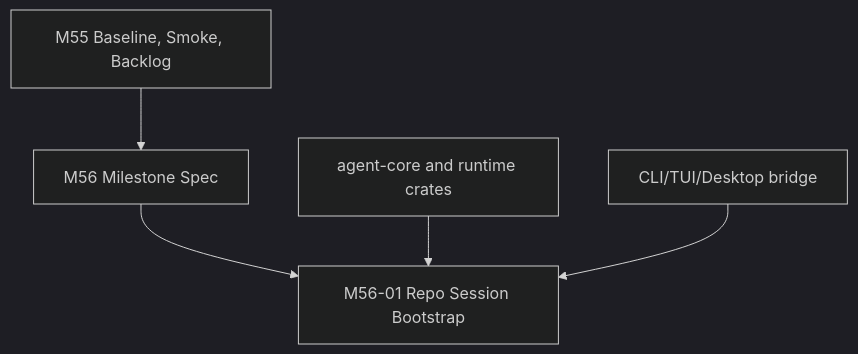
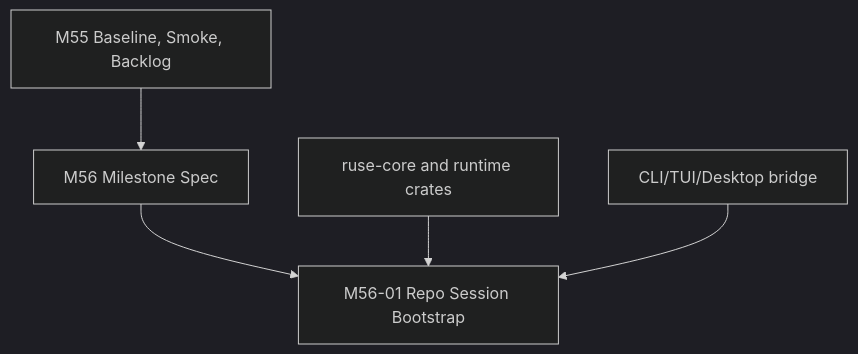
One commit to poneding/agent changed the diagram in docs/specs/M55-04-m56-bootstrap.spec.md. Above: the diagram before and after it, drawn with Mermaid (dark theme). The commit also changed 2091 other files, not shown here.

First line of the commit message:
refactor: rename agent branding to ruse

````diff
--- a/docs/specs/M55-04-m56-bootstrap.spec.md
+++ b/docs/specs/M55-04-m56-bootstrap.spec.md
@@ -33,7 +33,7 @@
 ```mermaid
 flowchart TD
   M55["M55 Baseline, Smoke, Backlog"] --> M56Spec["M56 Milestone Spec"]
   M56Spec --> Slice1["M56-01 Repo Session Bootstrap"]
-  Runtime["agent-core and runtime crates"] --> Slice1
+  Runtime["ruse-core and runtime crates"] --> Slice1
   UI["CLI/TUI/Desktop bridge"] --> Slice1
 ```
````
